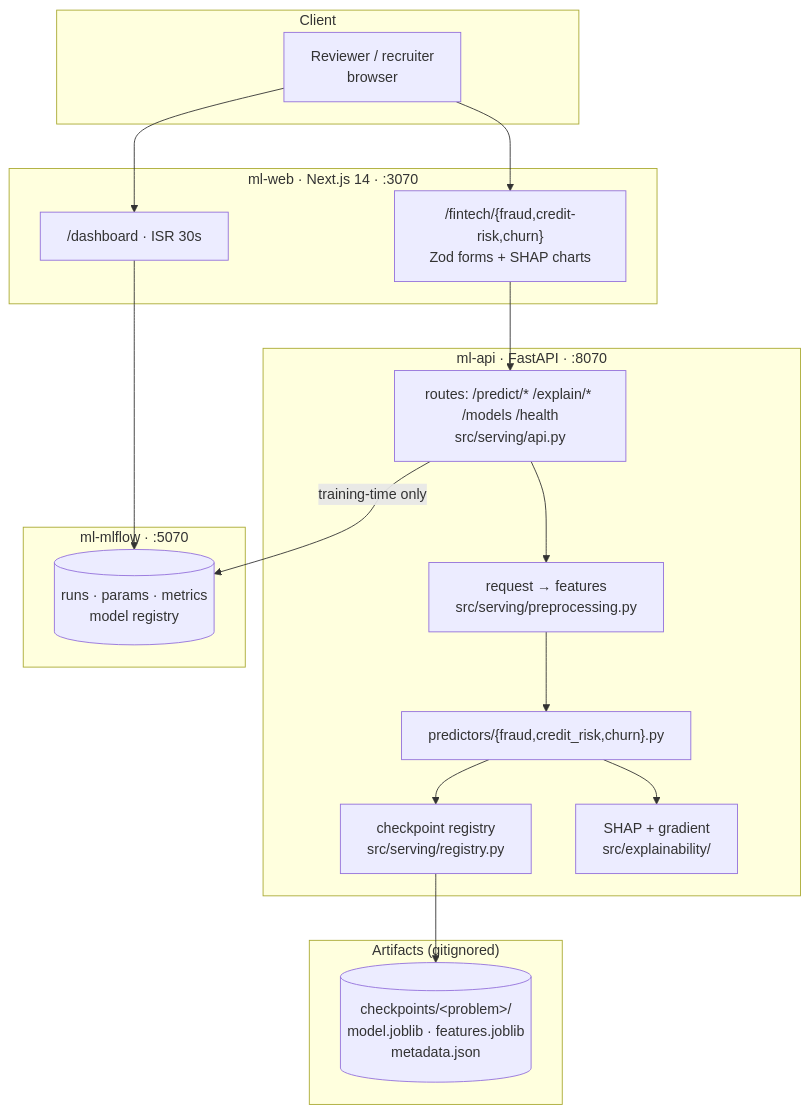
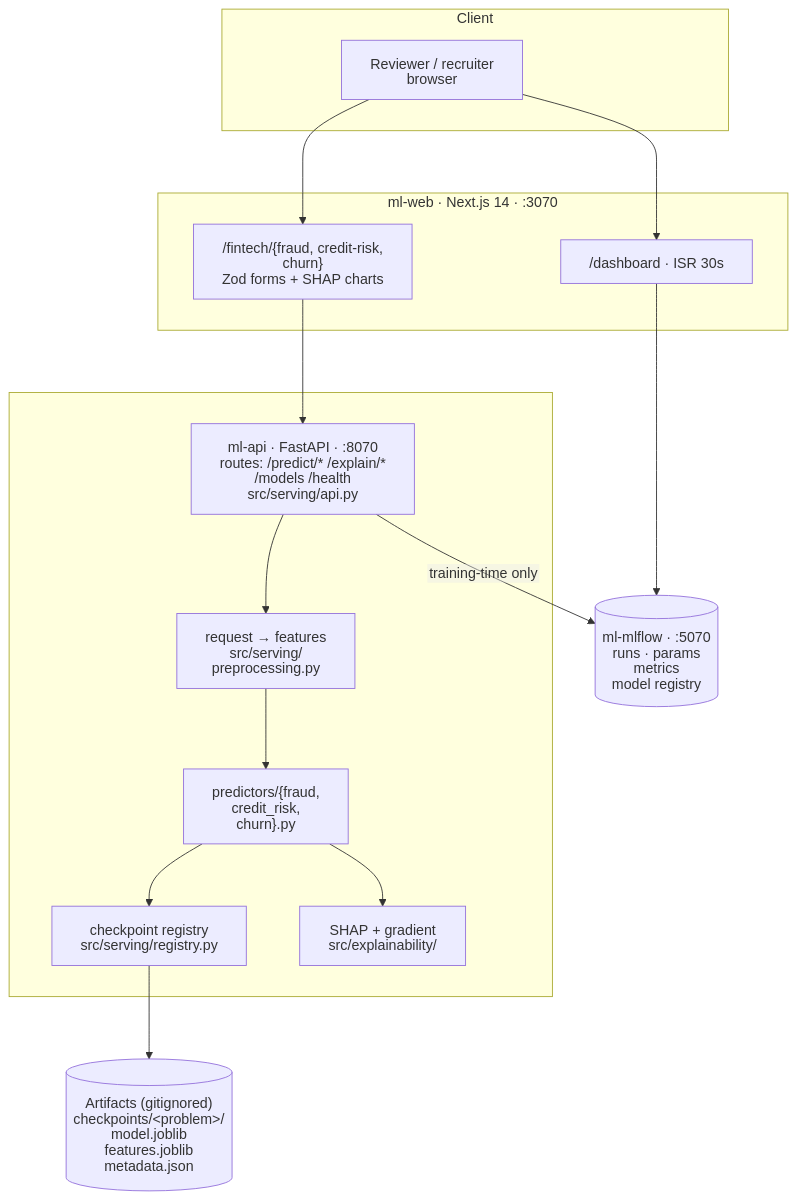
Before and after one commit to armandogon94/Portfolio-ML-System: the diagram in docs/diagrams/c4-container.mmd, drawn with Mermaid. The commit also changed 11 other files, not shown here.

First line of the commit message:
docs(diagrams): render labels as SVG text so no glyph is clipped

```diff
--- a/docs/diagrams/c4-container.mmd
+++ b/docs/diagrams/c4-container.mmd
@@ -1,27 +1,24 @@
+%%{init: {'htmlLabels': false, 'fontFamily': 'arial, helvetica, sans-serif', 'flowchart': {'htmlLabels': false, 'padding': 16, 'nodeSpacing': 60, 'rankSpacing': 70, 'useMaxWidth': true}}}%%
 flowchart TB
     subgraph client["Client"]
         U["Reviewer / recruiter<br/>browser"]
     end
     subgraph web["ml-web · Next.js 14 · :3070"]
-        P["/fintech/{fraud,credit-risk,churn}<br/>Zod forms + SHAP charts"]
+        P["/fintech/{fraud, credit-risk,<br/>churn}<br/>Zod forms + SHAP charts"]
         D["/dashboard · ISR 30s"]
     end
-    subgraph api["ml-api · FastAPI · :8070"]
-        R["routes: /predict/* /explain/* /models /health<br/>src/serving/api.py"]
+    subgraph api[" "]
+        R["ml-api · FastAPI · :8070<br/>routes: /predict/* /explain/*<br/>/models /health<br/>src/serving/api.py"]
         REG["checkpoint registry<br/>src/serving/registry.py"]
-        PRE["request → features<br/>src/serving/preprocessing.py"]
-        PRD["predictors/{fraud,credit_risk,churn}.py"]
+        PRE["request → features<br/>src/serving/<br/>preprocessing.py"]
+        PRD["predictors/{fraud, credit_risk,<br/>churn}.py"]
         EXP["SHAP + gradient<br/>src/explainability/"]
     end
-    subgraph store["Artifacts (gitignored)"]
-        CK[("checkpoints/&lt;problem&gt;/<br/>model.joblib · features.joblib<br/>metadata.json")]
-    end
-    subgraph track["ml-mlflow · :5070"]
-        ML[("runs · params · metrics<br/>model registry")]
-    end
+    CK[("Artifacts (gitignored)<br/>checkpoints/&lt;problem&gt;/<br/>model.joblib<br/>features.joblib<br/>metadata.json")]
+    ML[("ml-mlflow · :5070<br/>runs · params<br/>metrics<br/>model registry")]
     U --> P --> R
     U --> D --> ML
     R --> PRE --> PRD --> EXP
     REG --> CK
     PRD --> REG
     R -->|"training-time only"| ML
```
